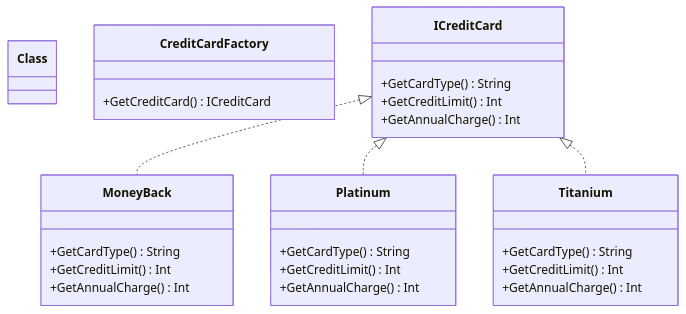
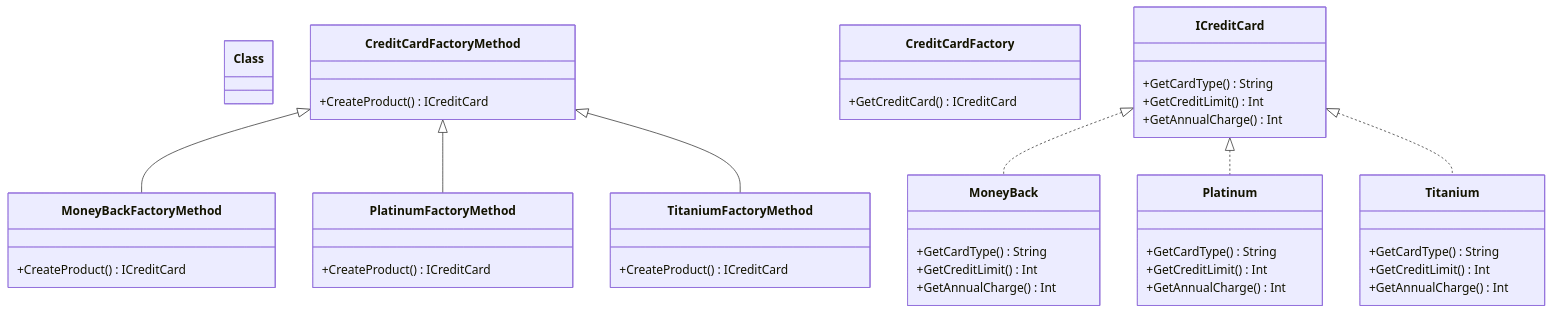
The diagram in Bank/disenio.md (UPT-FAING-EPIS/lab-2025-ii-pds-u2-01-cs-GabrielFMH), drawn with Mermaid before and after one commit. The commit also changed 193 other files, not shown here.

````diff
--- a/Bank/disenio.md
+++ b/Bank/disenio.md
@@ -1,34 +1,49 @@
 ```mermaid
 classDiagram
 
 class Class
+
+class CreditCardFactoryMethod
+CreditCardFactoryMethod : +CreateProduct() ICreditCard
 
 class CreditCardFactory
 CreditCardFactory : +GetCreditCard() ICreditCard
 
 class ICreditCard
 ICreditCard : +GetCardType() String
 ICreditCard : +GetCreditLimit() Int
 ICreditCard : +GetAnnualCharge() Int
 
 class MoneyBack
 MoneyBack : +GetCardType() String
 MoneyBack : +GetCreditLimit() Int
 MoneyBack : +GetAnnualCharge() Int
 
+class MoneyBackFactoryMethod
+MoneyBackFactoryMethod : +CreateProduct() ICreditCard
+
 class Platinum
 Platinum : +GetCardType() String
 Platinum : +GetCreditLimit() Int
 Platinum : +GetAnnualCharge() Int
+
+class PlatinumFactoryMethod
+PlatinumFactoryMethod : +CreateProduct() ICreditCard
 
 class Titanium
 Titanium : +GetCardType() String
 Titanium : +GetCreditLimit() Int
 Titanium : +GetAnnualCharge() Int
 
+class TitaniumFactoryMethod
+TitaniumFactoryMethod : +CreateProduct() ICreditCard
+
 
 ICreditCard <|.. MoneyBack
+CreditCardFactoryMethod <|-- MoneyBackFactoryMethod
 ICreditCard <|.. Platinum
+CreditCardFactoryMethod <|-- PlatinumFactoryMethod
 ICreditCard <|.. Titanium
+CreditCardFactoryMethod <|-- TitaniumFactoryMethod
 
 ```
````
